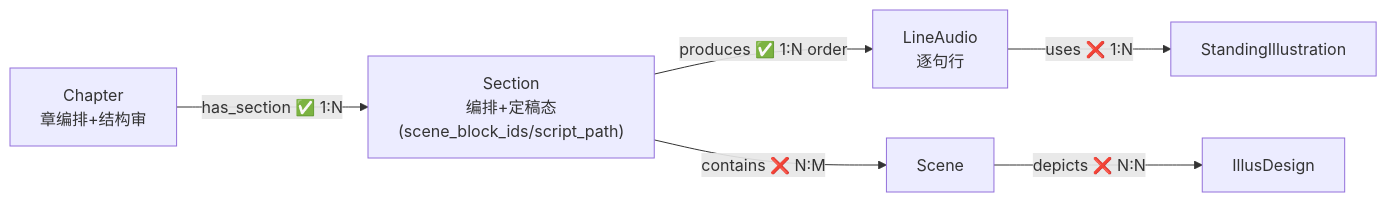
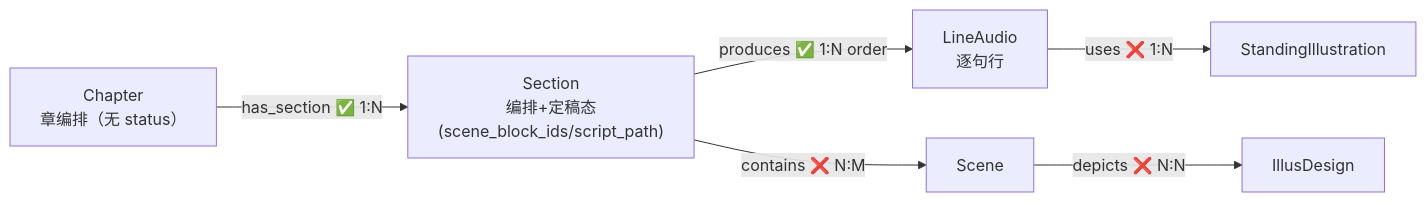
The diagram in 00_init/Schema/剧情.md (CrazyJinn/ProxyLove), drawn with Mermaid before and after one commit. The commit also changed other lines of this file and 13 other files, not shown here.

````diff
--- a/00_init/Schema/剧情.md
+++ b/00_init/Schema/剧情.md
@@ -148,8 +147,8 @@
 ```mermaid
 flowchart LR
-    Chapter["Chapter<br/>章编排+结构审"] -->|"has_section ✅ 1:N"| Section["Section<br/>编排+定稿态<br/>(scene_block_ids/script_path)"]
+    Chapter["Chapter<br/>章编排（无 status）"] -->|"has_section ✅ 1:N"| Section["Section<br/>编排+定稿态<br/>(scene_block_ids/script_path)"]
     Section -->|"produces ✅ 1:N order"| Line["LineAudio<br/>逐句行"]
     Section -->|"contains ❌ N:M"| Scene["Scene"]
     Line -->|"uses ❌ 1:N"| Stand["StandingIllustration"]
     Scene -->|"depicts ❌ N:N"| Illus["IllusDesign"]
 ```
````
